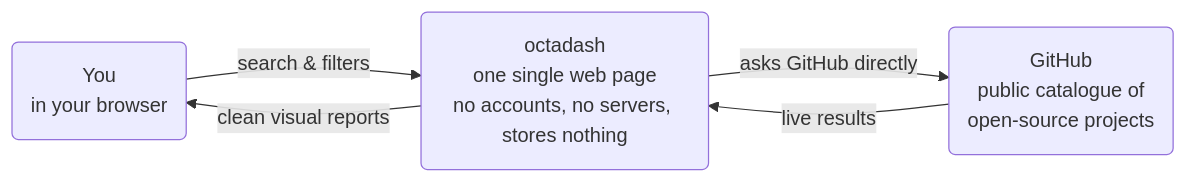
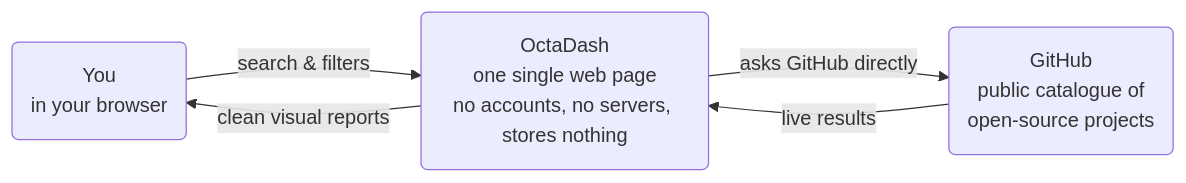
One commit to hexrustox/octadash changed the diagram in README.md. Above: the diagram before and after it, drawn with Mermaid. The commit also changed other lines of this file, not shown here.

````diff
--- a/README.md
+++ b/README.md
@@ -53,7 +51,7 @@
 ```mermaid
 flowchart LR
-    you("You<br/>in your browser") -->|"search & filters"| octa("octadash<br/>one single web page<br/>no accounts, no servers, stores nothing")
+    you("You<br/>in your browser") -->|"search & filters"| octa("OctaDash<br/>one single web page<br/>no accounts, no servers, stores nothing")
     octa -->|"asks GitHub directly"| gh("GitHub<br/>public catalogue of<br/>open-source projects")
     gh -->|"live results"| octa
     octa -->|"clean visual reports"| you
 ```
````
